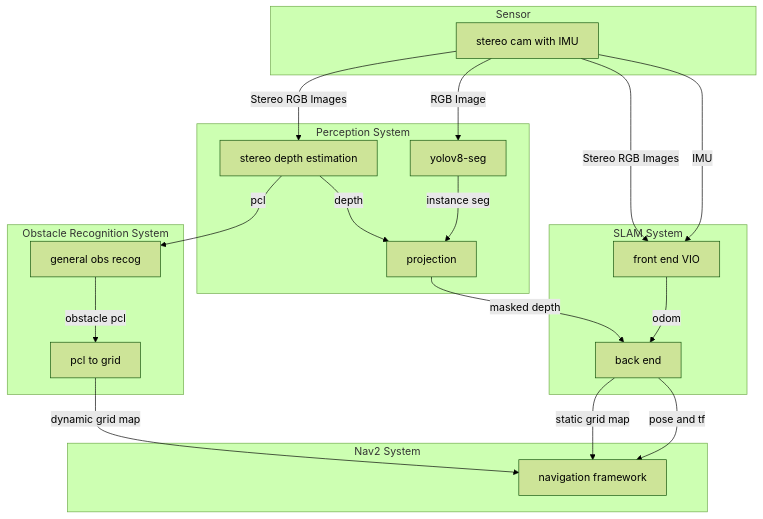
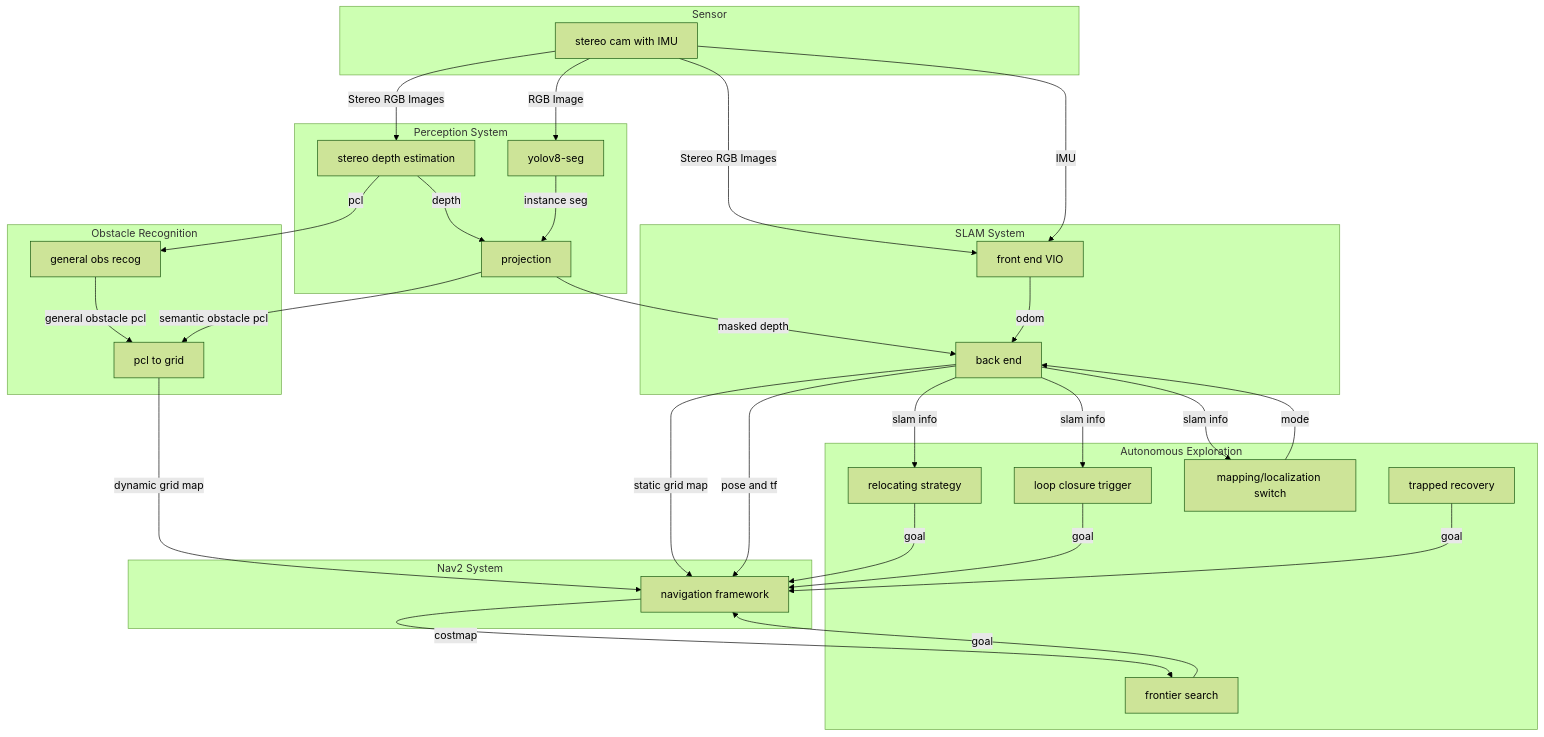
One commit to D-Robotics/tros_vims_doc changed the diagram in tros_vims_doc.md. Above: the diagram before and after it, drawn with Mermaid (forest theme). The commit also changed other lines of this file, not shown here.

Commit message:
feat: Add autonomous exploration

````diff
--- a/tros_vims_doc.md
+++ b/tros_vims_doc.md
@@ -23,49 +23,67 @@
 ```mermaid
 flowchart TD
     subgraph SRC[Sensor]
         cam[stereo cam with IMU]
     end
 
     subgraph PERC[Perception System]
         sde[stereo depth estimation]
         yolov8_seg[yolov8-seg]
         proj[projection]
     end
 
     subgraph SLAM[SLAM System]
         front_vio[front end VIO]
         back_end[back end]
     end
 
-    subgraph OBS_REC[Obstacle Recognition System]
+    subgraph OBS_REC[Obstacle Recognition]
         gen_obs_recog[general obs recog]
         pcl2grid[pcl to grid]
+    end
+
+    subgraph explore[Autonomous Exploration]
+        frontier_search[frontier search]
+        loop_trigger[loop closure trigger]
+        reloc_strategy[relocating strategy]
+        mode_switch[mapping/localization switch]
+        trapped_recovery[trapped recovery]
     end
 
     subgraph NAV[Nav2 System]
         nav_frame[navigation framework]
     end
 
     %% 输入源分发
     cam -->|Stereo RGB Images| sde
     cam -->|RGB Image| yolov8_seg
     cam -->|Stereo RGB Images| front_vio
     cam -->|IMU| front_vio
 
     %% 感知系统内部流向
     sde -->|pcl| gen_obs_recog
     sde -->|depth| proj
     yolov8_seg -->|instance seg| proj
 
-    %% SLAM系统内部流向
+    %% back_end
+    proj -->|masked depth| back_end
     front_vio -->|odom| back_end
 
     %% 障碍物识别系统内部流向
-    gen_obs_recog -->|obstacle pcl| pcl2grid
+    gen_obs_recog -->|general obstacle pcl| pcl2grid
 
     %% 跨系统数据交互
-    proj -->|masked depth| back_end
+    back_end -->|slam info| mode_switch
+    back_end -->|slam info| loop_trigger
+    back_end -->|slam info| reloc_strategy
+    nav_frame -->|costmap| frontier_search
+    proj -->|semantic obstacle pcl| pcl2grid
     pcl2grid -->|dynamic grid map| nav_frame
     back_end -->|static grid map| nav_frame
     back_end -->|pose and tf| nav_frame
+    frontier_search -->|goal| nav_frame
+    reloc_strategy -->|goal| nav_frame
+    loop_trigger -->|goal| nav_frame
+    trapped_recovery -->|goal| nav_frame
+    mode_switch -->|mode| back_end
 ```
````
